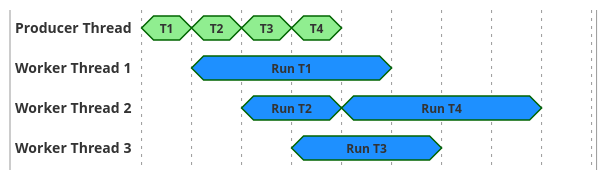
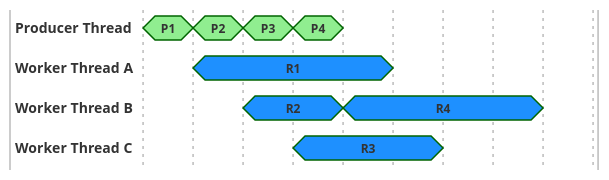
Before and after one commit to jetty/jetty.project: the second of 4 diagrams in documentation/jetty/modules/programming-guide/pages/arch/threads.adoc, drawn with PlantUML. The commit also changed other lines of this file, not shown here.

```diff
--- a/documentation/jetty/modules/programming-guide/pages/arch/threads.adoc
+++ b/documentation/jetty/modules/programming-guide/pages/arch/threads.adoc
@@ -77,30 +77,30 @@
 [plantuml]
 ----
 skinparam backgroundColor transparent
 
 compact concise "Producer Thread" as PT
-compact concise "Worker Thread 1" as WT1
-compact concise "Worker Thread 2" as WT2
-compact concise "Worker Thread 3" as WT3
+compact concise "Worker Thread A" as WT1
+compact concise "Worker Thread B" as WT2
+compact concise "Worker Thread C" as WT3
 hide time-axis
 
 @PT
-0 is T1 #lightgreen
-1 is T2 #lightgreen
-2 is T3 #lightgreen
-3 is T4 #lightgreen
+0 is P1 #lightgreen
+1 is P2 #lightgreen
+2 is P3 #lightgreen
+3 is P4 #lightgreen
 4 is {hidden}
 
 @WT1
-1 is "Run T1" #dodgerblue
+1 is R1 #dodgerblue
 5 is {hidden}
 
 @WT2
-2 is "Run T2" #dodgerblue
-4 is "Run T4" #dodgerblue
+2 is R2 #dodgerblue
+4 is R4 #dodgerblue
 8 is {hidden}
 
 @WT3
-3 is "Run T3" #dodgerblue
+3 is R3 #dodgerblue
 6 is {hidden}
 ----
```
